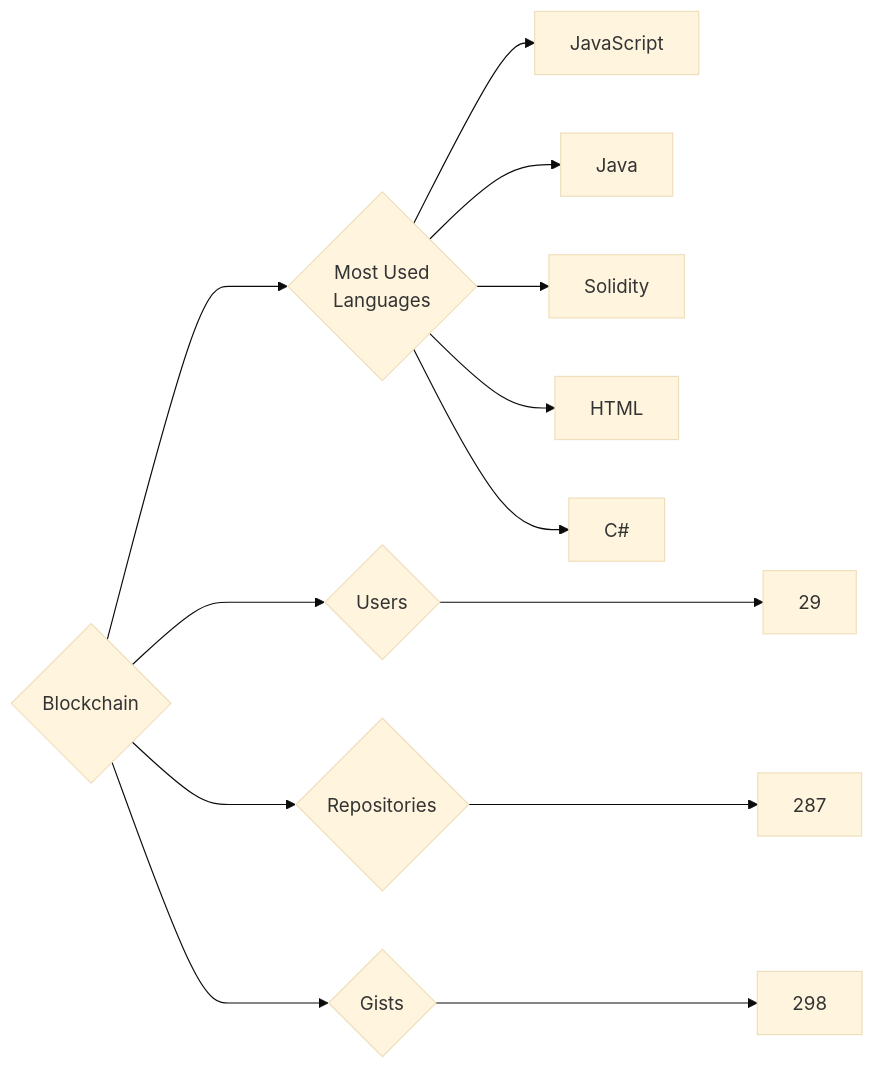
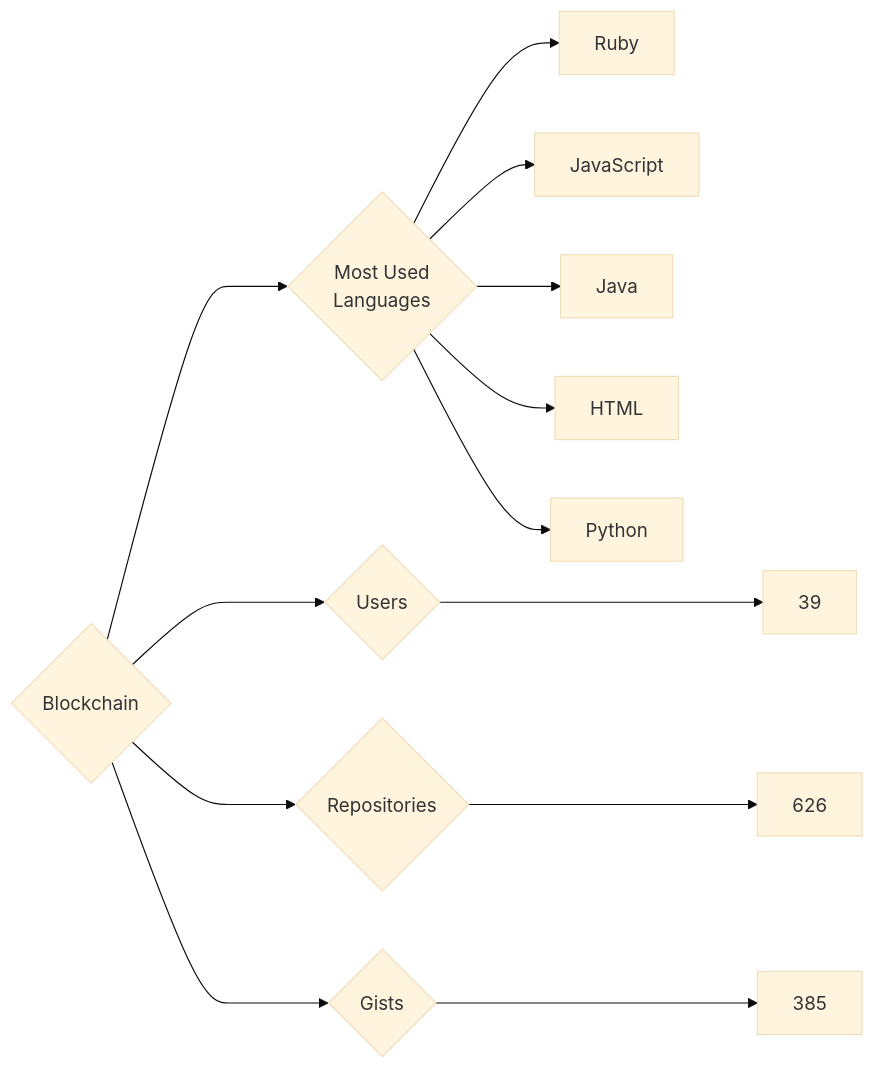
The diagram in targets/Blockchain/README.md (trickest/insiders), drawn with Mermaid (base theme) before and after one commit. The commit also changed 1084 other files, not shown here.

````diff
--- a/targets/Blockchain/README.md
+++ b/targets/Blockchain/README.md
@@ -3,13 +3,13 @@
 ```mermaid
 graph LR
 COMPANY_NAME{Blockchain}
-COMPANY_NAME ---> U{Users} ---> UN[29]
-COMPANY_NAME ---> R{Repositories} ---> RN[287]
-COMPANY_NAME ---> G{Gists} ---> GN[298]
+COMPANY_NAME ---> U{Users} ---> UN[39]
+COMPANY_NAME ---> R{Repositories} ---> RN[626]
+COMPANY_NAME ---> G{Gists} ---> GN[385]
 COMPANY_NAME ---> ML{Most Used<br>Languages}
+ML --> Ruby[Ruby]
 ML --> JavaScript[JavaScript]
 ML --> Java[Java]
-ML --> Solidity[Solidity]
 ML --> HTML[HTML]
-ML --> C#[C#]
+ML --> Python[Python]
 ```
````
